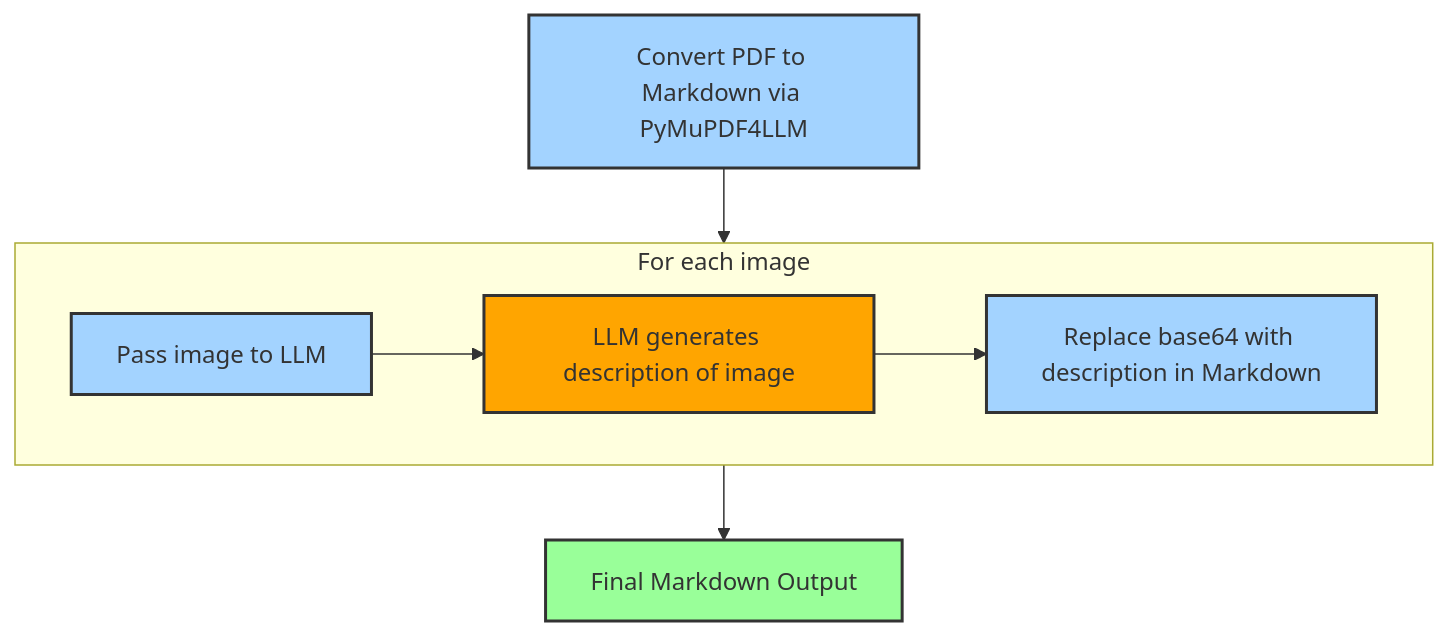
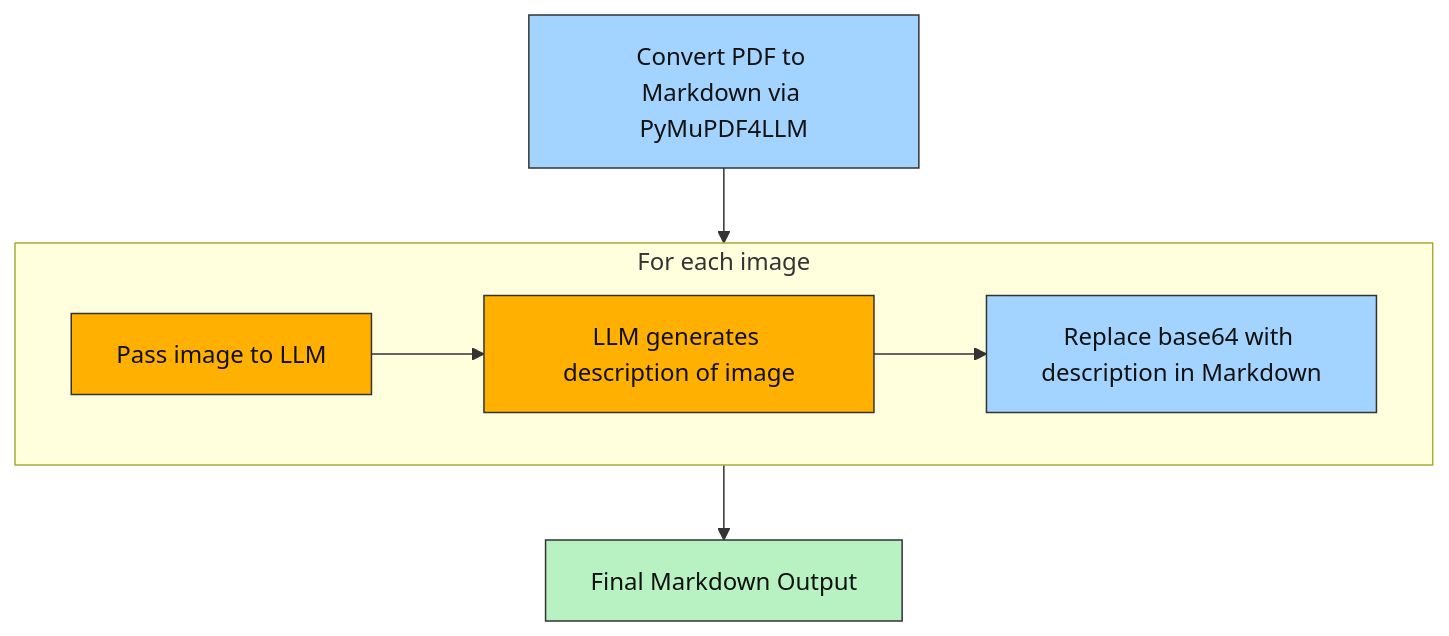
Before and after one commit to DanGiannone1/document_ingestion_for_genai: the second of 2 diagrams in README.md, drawn with Mermaid. The commit also changed other lines of this file, not shown here.

````diff
--- a/README.md
+++ b/README.md
@@ -59,16 +68,25 @@
 ```mermaid
 graph TD
 A[Convert PDF to Markdown via PyMuPDF4LLM]
 subgraph "For each image"
 direction LR
 B[Pass image to LLM] --> C[LLM generates description of image]
 C --> D[Replace base64 with description in Markdown]
 end
 A --> B
 D --> E[Final Markdown Output]
-style A fill:#a3d3ff,stroke:#333,stroke-width:2px
-style B fill:#a3d3ff,stroke:#333,stroke-width:2px
-style C fill:#FFA500,stroke:#333,stroke-width:2px
-style D fill:#a3d3ff,stroke:#333,stroke-width:2px
-style E fill:#9f9,stroke:#333,stroke-width:2px
+
+%% ---- Reusable style classes (readable on GitHub light & dark) ----
+classDef llm fill:#FFB000,stroke:#333,stroke-width:1px,color:#111;
+classDef nonllm fill:#A3D3FF,stroke:#333,stroke-width:1px,color:#111;
+classDef output fill:#B8F2C2,stroke:#333,stroke-width:1px,color:#111;
+classDef term fill:#EDEDED,stroke:#333,stroke-width:1px,color:#111;
+
+%% ---- Apply classes ----
+class A nonllm;
+class B llm;
+class C llm;
+class D nonllm;
+class E output;
+
 ```
````
